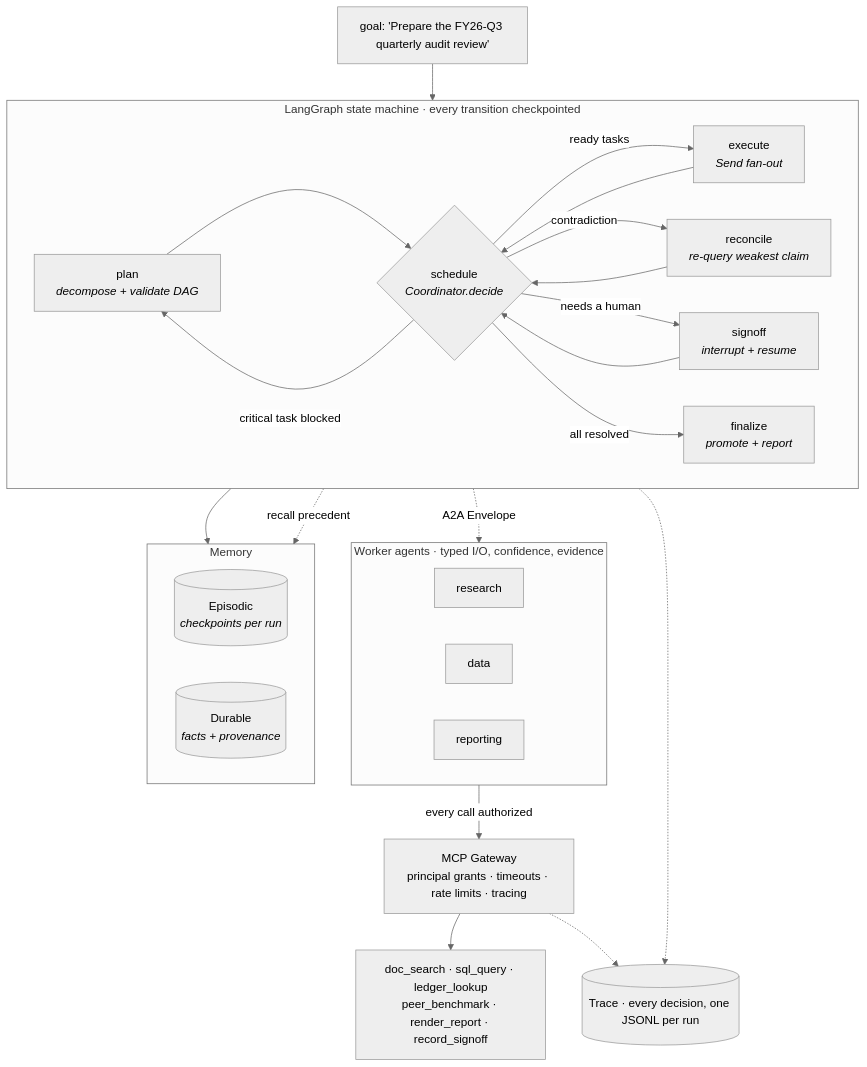
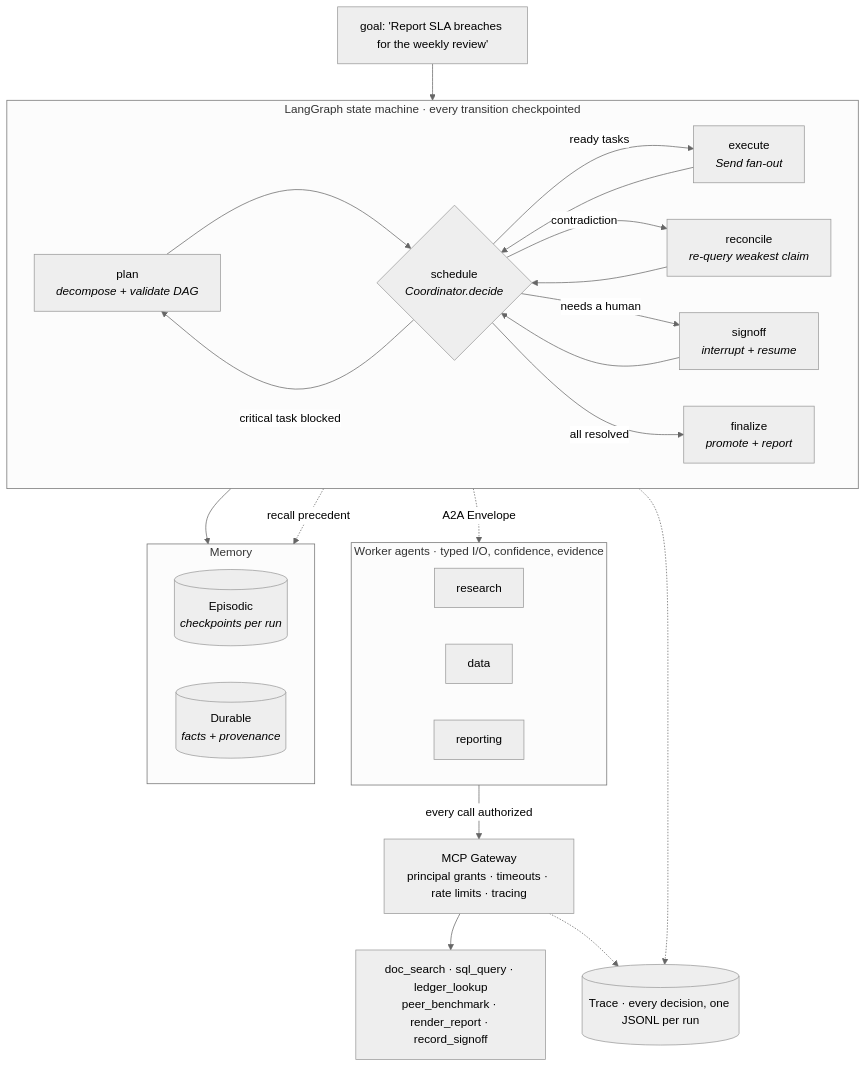
Before and after one commit to PandiRaja18/AI-OS: the diagram in README.md, drawn with Mermaid (neutral theme). The commit also changed other lines of this file and 20 other files, not shown here.

````diff
--- a/README.md
+++ b/README.md
@@ -80,42 +100,42 @@
 ```mermaid
 flowchart TB
-    GOAL["goal: 'Prepare the FY26-Q3 quarterly audit review'"] --> PLAN
+    GOAL["goal: 'Report SLA breaches for the weekly review'"] --> PLAN
 
     subgraph GRAPH["LangGraph state machine · every transition checkpointed"]
         direction LR
         PLAN["plan<br/><i>decompose + validate DAG</i>"] --> SCHED
         SCHED{"schedule<br/><i>Coordinator.decide</i>"}
         SCHED -->|"ready tasks"| EXEC["execute<br/><i>Send fan-out</i>"]
         SCHED -->|"contradiction"| REC["reconcile<br/><i>re-query weakest claim</i>"]
         SCHED -->|"needs a human"| SIGN["signoff<br/><i>interrupt + resume</i>"]
         SCHED -->|"critical task blocked"| PLAN
         SCHED -->|"all resolved"| FIN["finalize<br/><i>promote + report</i>"]
         EXEC --> SCHED
         REC --> SCHED
         SIGN --> SCHED
     end
 
     EXEC -.->|"A2A Envelope"| AGENTS
 
     subgraph AGENTS["Worker agents · typed I/O, confidence, evidence"]
         direction LR
         R["research"]
         D["data"]
         RP["reporting"]
     end
 
     AGENTS -->|"every call authorized"| GW["MCP Gateway<br/>principal grants · timeouts · rate limits · tracing"]
     GW --> TOOLS["doc_search · sql_query · ledger_lookup<br/>peer_benchmark · render_report · record_signoff"]
 
     FIN --> MEM
     PLAN -.->|"recall precedent"| MEM
 
     subgraph MEM["Memory"]
         direction LR
         EP[("Episodic<br/><i>checkpoints per run</i>")]
         SEM[("Durable<br/><i>facts + provenance</i>")]
     end
 
     GRAPH -.-> TR[("Trace · every decision, one JSONL per run")]
     GW -.-> TR
 ```
````
